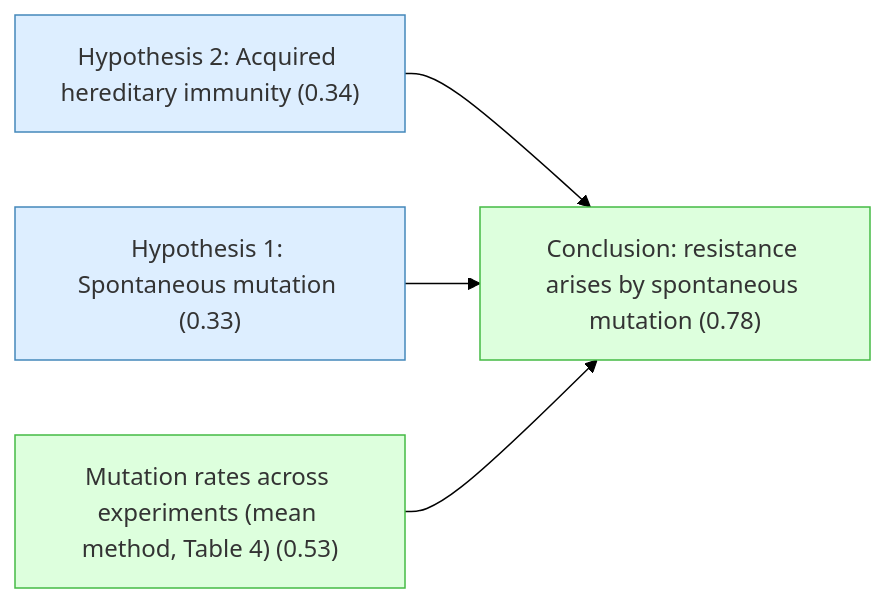
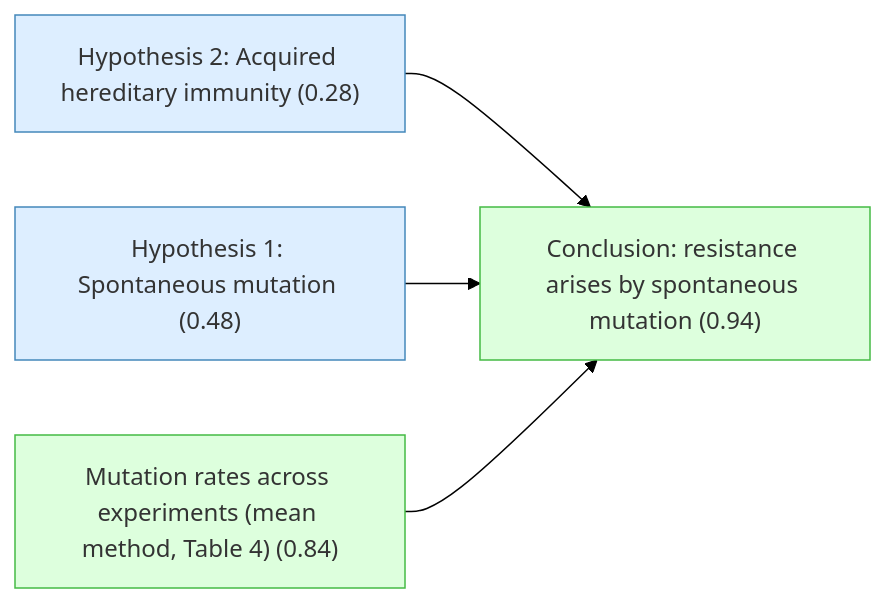
Before and after one commit to kunyuan/luria-delbruck-fluctuation-gaia: the first of 6 diagrams in docs/detailed-reasoning.md, drawn with Mermaid (forest theme). The commit also changed other lines of this file and 1 other file, not shown here.

````diff
--- a/docs/detailed-reasoning.md
+++ b/docs/detailed-reasoning.md
@@ -7,20 +7,20 @@
 ```mermaid
 graph LR
-    hypothesis_mutation["Hypothesis 1: Spontaneous mutation (0.33)"]:::premise
-    hypothesis_acquired_immunity["Hypothesis 2: Acquired hereditary immunity (0.34)"]:::premise
-    mutation_rate_mean_method["Mutation rates across experiments (mean method, Table 4) (0.53)"]:::derived
-    resistance_is_heritable_mutation["Conclusion: resistance arises by spontaneous mutation (0.78)"]:::derived
+    hypothesis_mutation["Hypothesis 1: Spontaneous mutation (0.48)"]:::premise
+    hypothesis_acquired_immunity["Hypothesis 2: Acquired hereditary immunity (0.28)"]:::premise
+    mutation_rate_mean_method["Mutation rates across experiments (mean method, Table 4) (0.84)"]:::derived
+    resistance_is_heritable_mutation["Conclusion: resistance arises by spontaneous mutation (0.94)"]:::derived
     hypothesis_acquired_immunity --> resistance_is_heritable_mutation
     hypothesis_mutation --> resistance_is_heritable_mutation
     mutation_rate_mean_method --> resistance_is_heritable_mutation
 
     classDef setting fill:#f0f0f0,stroke:#999,color:#333
     classDef premise fill:#ddeeff,stroke:#4488bb,color:#333
     classDef derived fill:#ddffdd,stroke:#44bb44,color:#333
     classDef question fill:#fff3dd,stroke:#cc9944,color:#333
     classDef background fill:#f5f5f5,stroke:#bbb,stroke-dasharray: 5 5,color:#333
     classDef orphan fill:#fff,stroke:#ccc,stroke-dasharray: 5 5,color:#333
     classDef external fill:#fff,stroke:#aaa,stroke-dasharray: 3 3,color:#333
     classDef weak fill:#fff9c4,stroke:#f9a825,stroke-dasharray: 5 5,color:#333
     classDef contra fill:#ffebee,stroke:#c62828,color:#333
 ```
````
